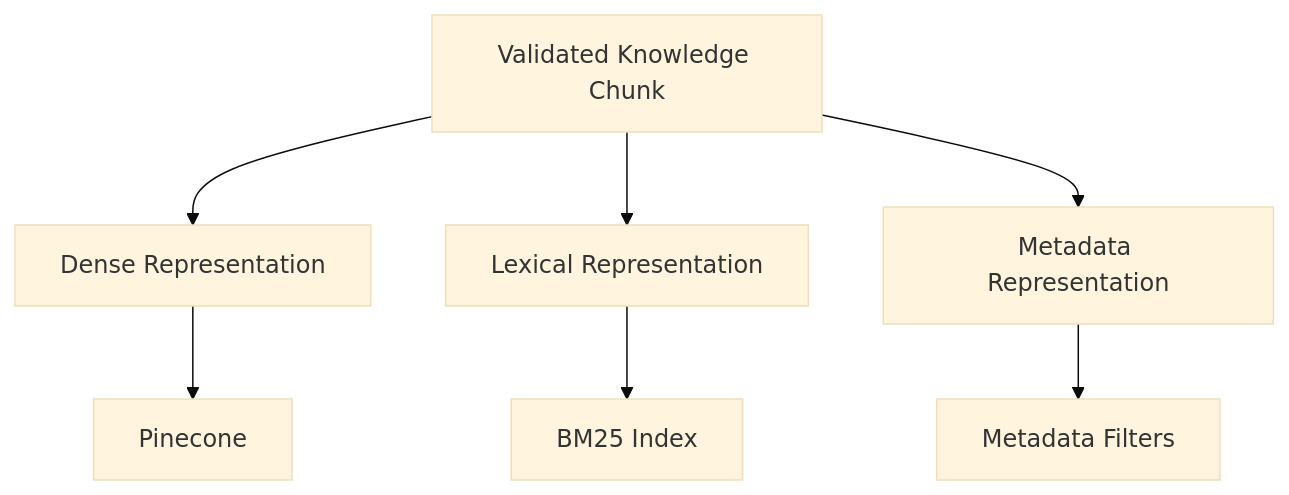
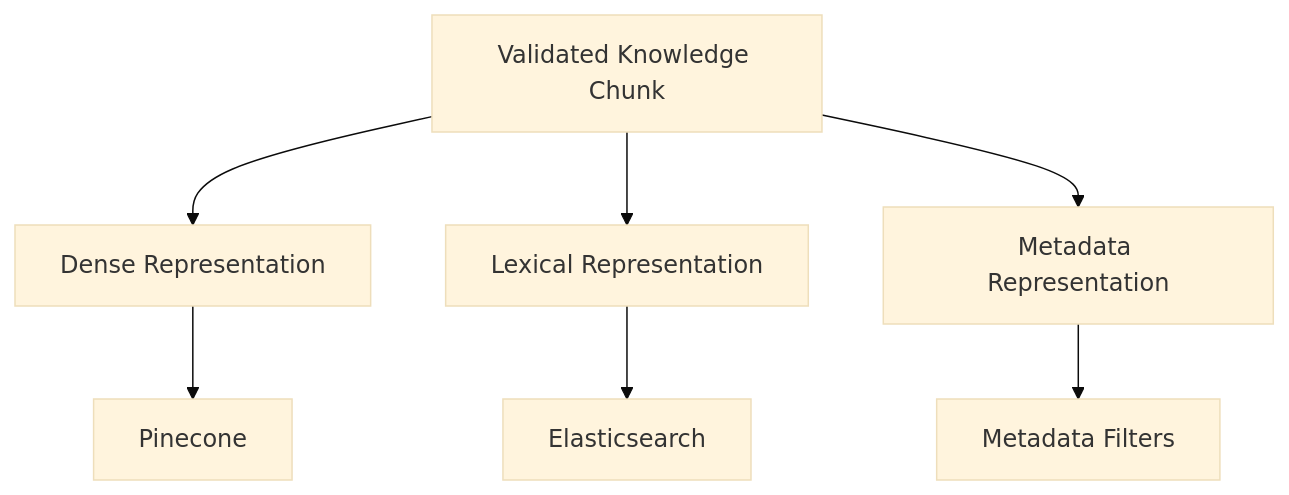
The sixth of 10 diagrams in docs/KNOWLEDGE_ENGINEERING.md (AdithyaGopakumar/Advanced-RAG-Banking), drawn with Mermaid (base theme) before and after one commit. The commit also changed other lines of this file and 8 other files, not shown here.

````diff
--- a/docs/KNOWLEDGE_ENGINEERING.md
+++ b/docs/KNOWLEDGE_ENGINEERING.md
@@ -522,11 +522,11 @@
 ```mermaid
 flowchart TD
     Chunk["Validated Knowledge Chunk"]
     Chunk --> Dense["Dense Representation"]
     Chunk --> Lexical["Lexical Representation"]
     Chunk --> Metadata["Metadata Representation"]
 
     Dense --> Pinecone["Pinecone"]
-    Lexical --> BM25["BM25 Index"]
+    Lexical --> ES["Elasticsearch"]
     Metadata --> Filters["Metadata Filters"]
 ```
````
